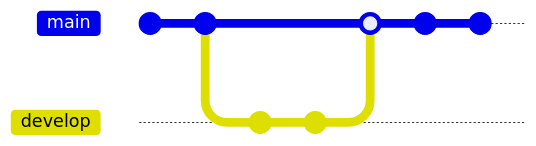
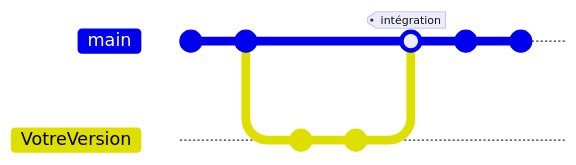
Before and after one commit to fxpar/dcg-ue8: the diagram in xtras/guide-github.md, drawn with Mermaid. Commit ids are hidden.

`````diff
--- a/xtras/guide-github.md
+++ b/xtras/guide-github.md
@@ -14,14 +14,14 @@
 ````mermaid
 
 gitGraph
     commit
     commit
-    branch develop
-    checkout develop
-    commit
-    commit
+    branch VotreVersion
+    checkout VotreVersion
+    commit id: "Ajout"
+    commit id: "Modifs"
     checkout main
-    merge develop
+    merge VotreVersion tag: "intégration"
     commit
     commit
 ````
`````
